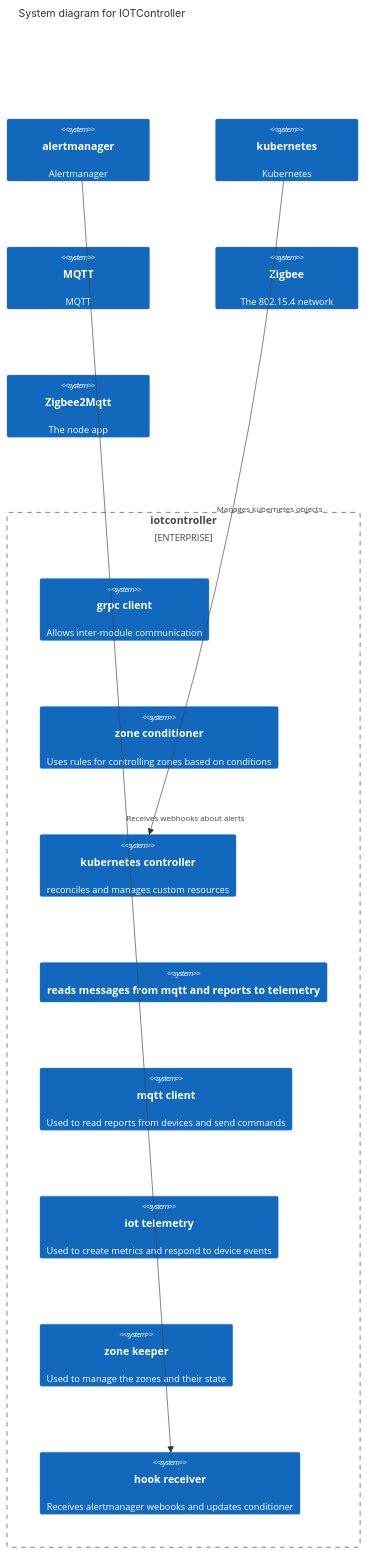
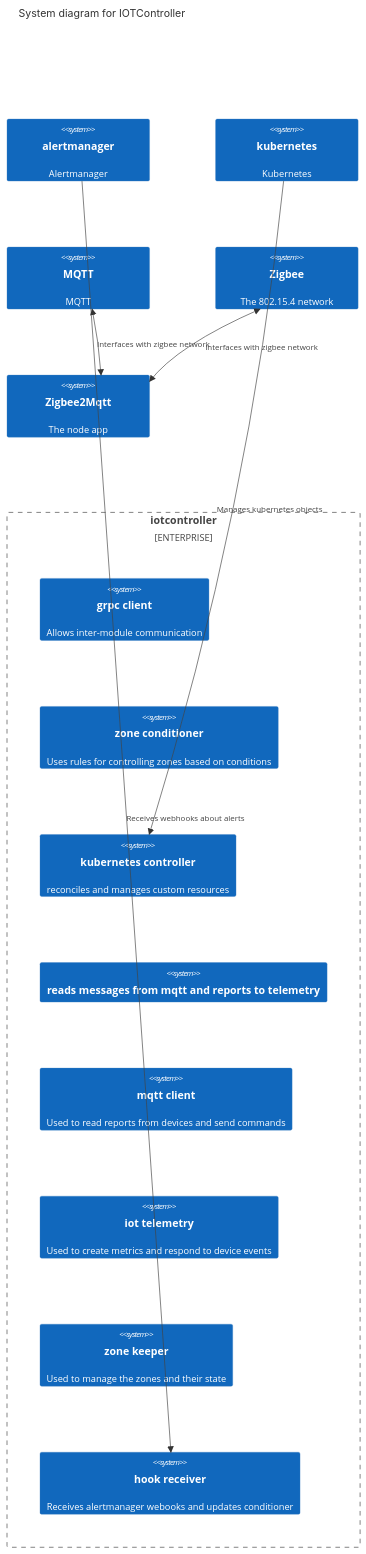
Before and after one commit to zachfi/iotcontroller: the diagram in README.md, drawn with Mermaid.

Commit message:
Add test mermaid

````diff
--- a/README.md
+++ b/README.md
@@ -7,27 +7,29 @@
 ```mermaid
 C4Context
     title System diagram for IOTController
     Enterprise_Boundary(b0, "iotcontroller") {
         System(moduleClient, "grpc client", "Allows inter-module communication")
         System(moduleConditioner, "zone conditioner", "Uses rules for controlling zones based on conditions")
         System(moduleController, "kubernetes controller", "reconciles and manages custom resources")
         System(moduleHarvester, "reads messages from mqtt and reports to telemetry")
         System(moduleMqttclient, "mqtt client", "Used to read reports from devices and send commands")
         System(moduleTelemetry, "iot telemetry", "Used to create metrics and respond to device events")
         System(moduleZoneKeeper", "zone keeper", "Used to manage the zones and their state")
         System(moduleHookReceiver, "hook receiver", "Receives alertmanager webooks and updates conditioner")
     }
 
     System(alertmanager, "alertmanager", "Alertmanager")
     System(kubernetes, "kubernetes", "Kubernetes")
     System(mqtt, "MQTT", "MQTT")
     System(zigbee, "Zigbee", "The 802.15.4 network")
     System(zigbee2mqtt, "Zigbee2Mqtt", "The node app")
 
     Rel(alertmanager, moduleHookReceiver, "Receives webhooks about alerts")
     Rel(kubernetes, moduleController, "Manages kubernetes objects")
+    BiRel(zigbee2mqtt, zigbee, "Interfaces with zigbee network")
+    BiRel(zigbee2mqtt, mqtt, "Interfaces with zigbee network")
 
     UpdateLayoutConfig($c4ShapeInRow="3", $c4BoundaryInRow="1")
 
 
 ```
````
